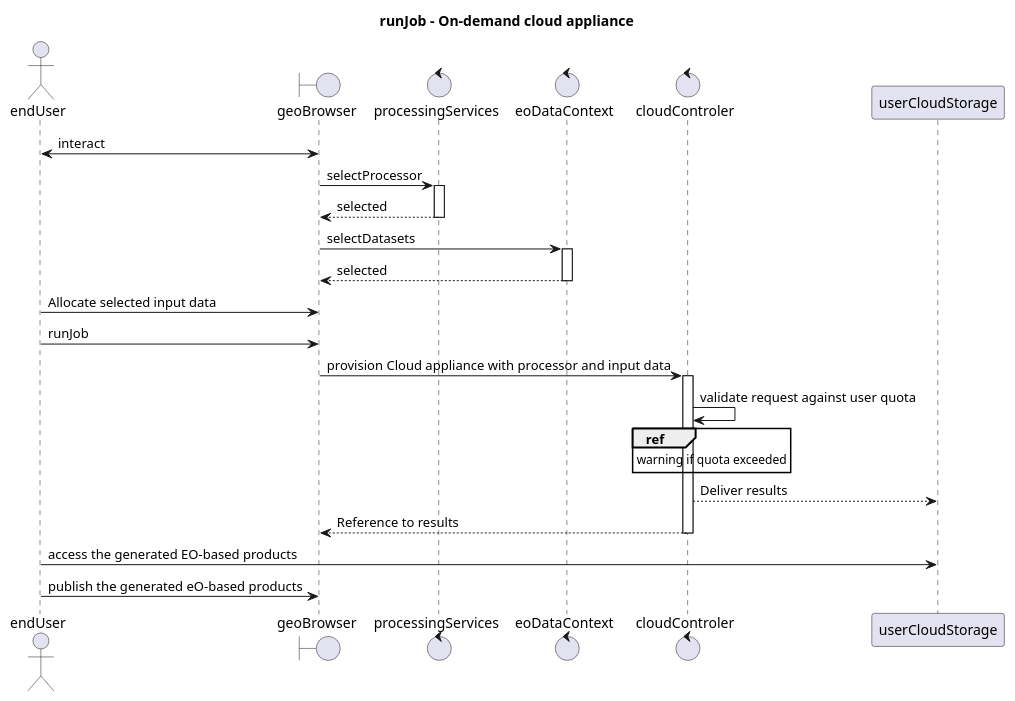
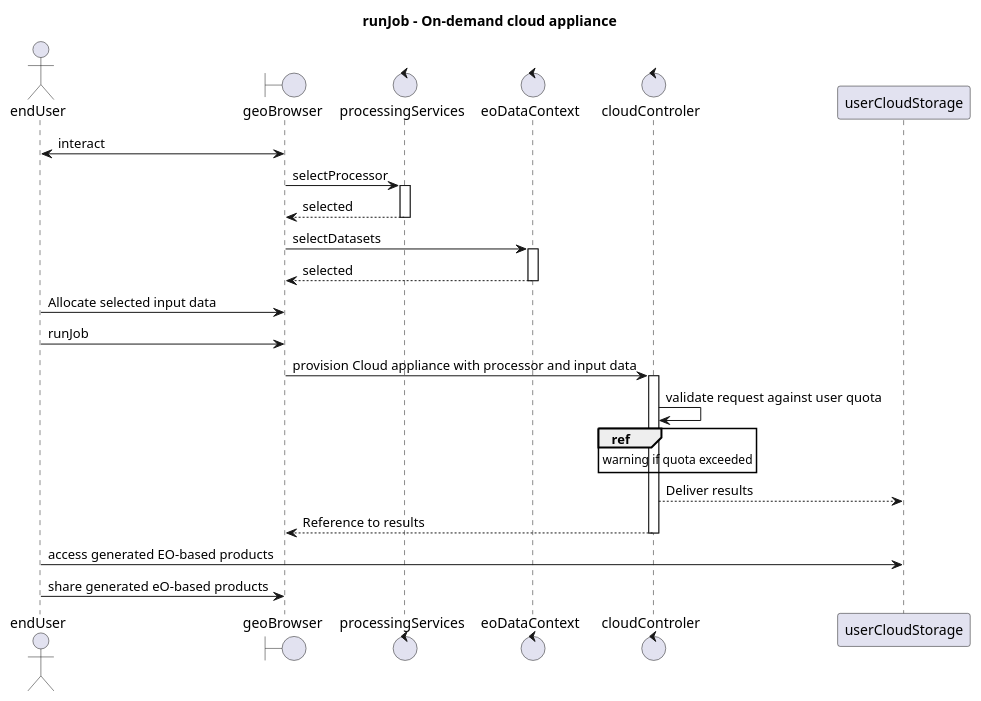
Before and after one commit to Terradue/doc-tep-geohazards-arch: the first of 2 diagrams in source/enterprise/scope.rst, drawn with PlantUML. The commit also changed other lines of this file, not shown here.

```diff
--- a/source/enterprise/scope.rst
+++ b/source/enterprise/scope.rst
@@ -44,37 +44,37 @@
 .. uml::
 
        title runJob - On-demand cloud appliance
        actor endUser
        ' Boundary (view in MVC) Objects that interface with system actors   
        boundary geoBrowser 
        ' Entity (model in MVC): Objects representing system data
        ' model descriptions are delegated to the Information viewpoint
        ' Control (controller in MVC): Objects that mediate between boundaries and entities
        control processingServices
        control eoDataContext
        control cloudControler
 
        endUser <-> geoBrowser: interact
        geoBrowser -> processingServices: selectProcessor
        activate processingServices
        geoBrowser <-- processingServices: selected 
        deactivate processingServices
 
        geoBrowser -> eoDataContext: selectDatasets
        activate eoDataContext
        geoBrowser <-- eoDataContext: selected
        deactivate eoDataContext
 
        endUser -> geoBrowser: Allocate selected input data
        endUser -> geoBrowser: runJob
 
        geoBrowser -> cloudControler: provision Cloud appliance with processor and input data
        activate cloudControler
        cloudControler->cloudControler: validate request against user quota
        ref over cloudControler: warning if quota exceeded
        cloudControler --> userCloudStorage: Deliver results
        geoBrowser <-- cloudControler: Reference to results
        deactivate cloudControler
 
-       endUser -> userCloudStorage: access the generated EO-based products
-       endUser -> geoBrowser: publish the generated eO-based products
+       endUser -> userCloudStorage: access generated EO-based products
+       endUser -> geoBrowser: share generated eO-based products
```
